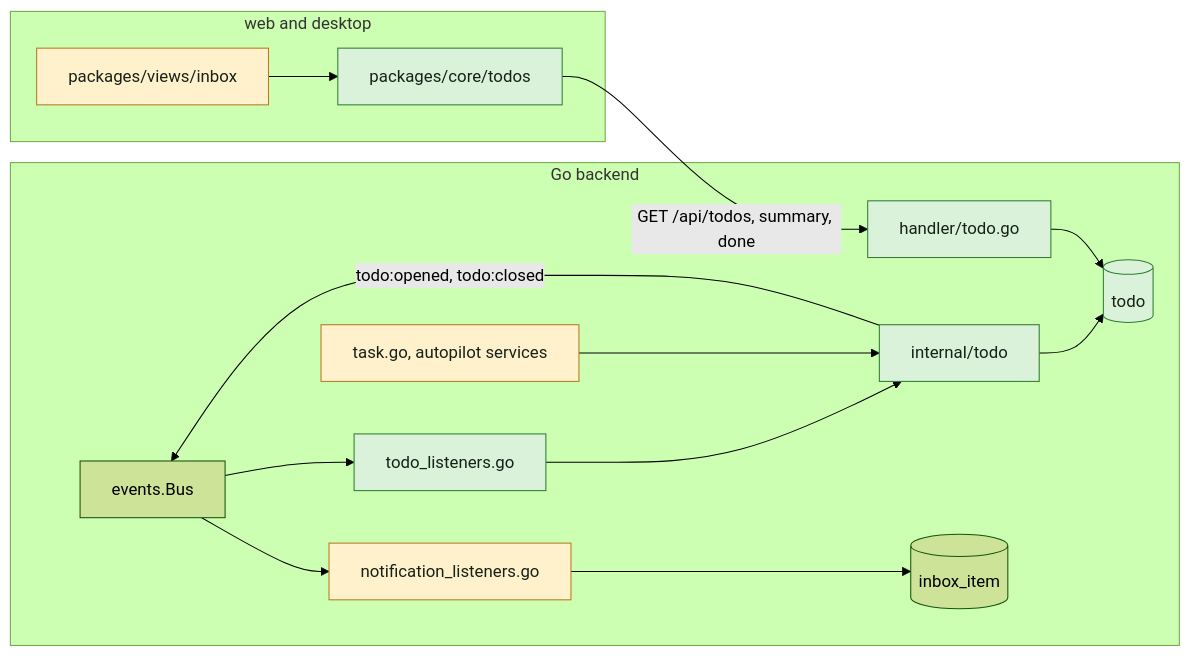
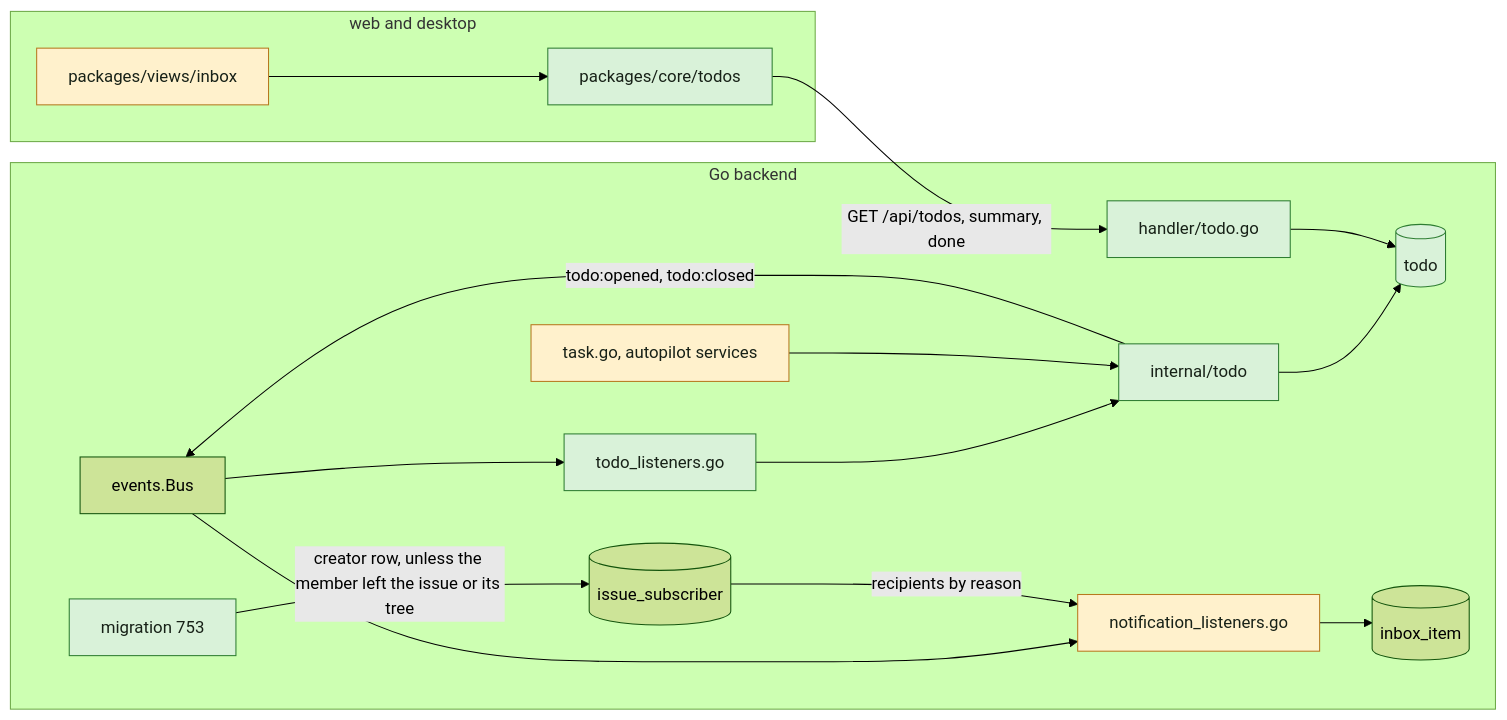
Before and after one commit to appboypov/multica: the first of 3 diagrams in specs/openspec/changes/todo-inbox/design.md, drawn with Mermaid (forest theme). The commit also changed other lines of this file and 8 other files, not shown here.

````diff
--- a/specs/openspec/changes/todo-inbox/design.md
+++ b/specs/openspec/changes/todo-inbox/design.md
@@ -3,26 +3,30 @@
 ```mermaid
 flowchart LR
   classDef new fill:#d9f2d9,stroke:#2e7d32,color:#172117
   classDef changed fill:#fff1cc,stroke:#b7791f,color:#172117
   subgraph server [Go backend]
     BUS[events.Bus]
     L[todo_listeners.go]:::new
     N[notification_listeners.go]:::changed
     S[task.go, autopilot services]:::changed
     TD[internal/todo]:::new
     H[handler/todo.go]:::new
     DB[(todo)]:::new
     IB[(inbox_item)]
+    M753[migration 753]:::new
+    SUB[(issue_subscriber)]
   end
   subgraph clients [web and desktop]
     CORE[packages/core/todos]:::new
     V[packages/views/inbox]:::changed
   end
   BUS --> L --> TD --> DB
   BUS --> N --> IB
+  M753 -->|creator row, unless the member left the issue or its tree| SUB
+  SUB -->|recipients by reason| N
   S --> TD
   TD -->|todo:opened, todo:closed| BUS
   H --> DB
   CORE -->|GET /api/todos, summary, done| H
   V --> CORE
 ```
````
